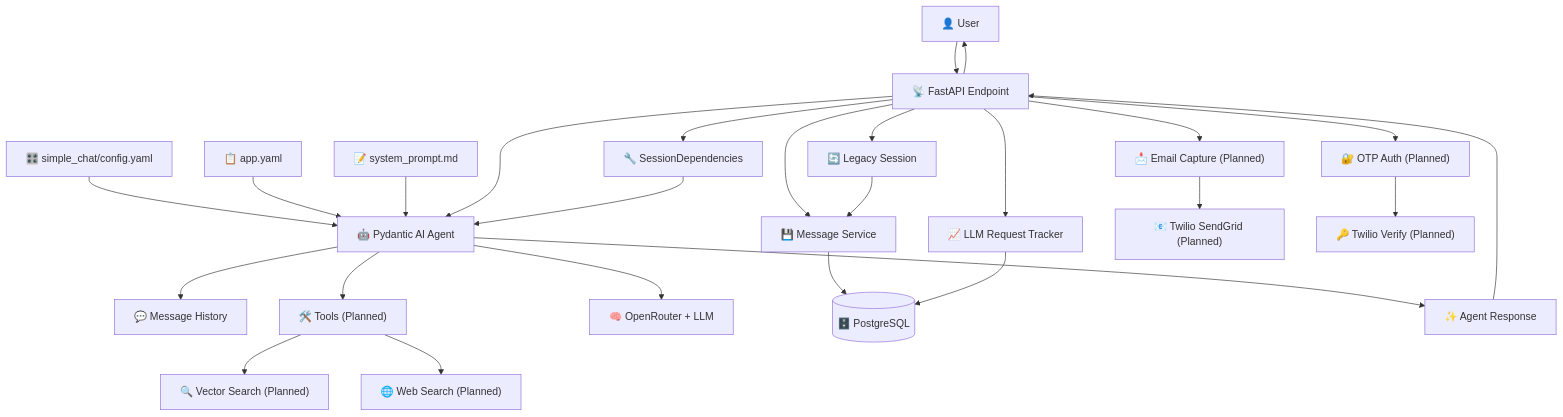
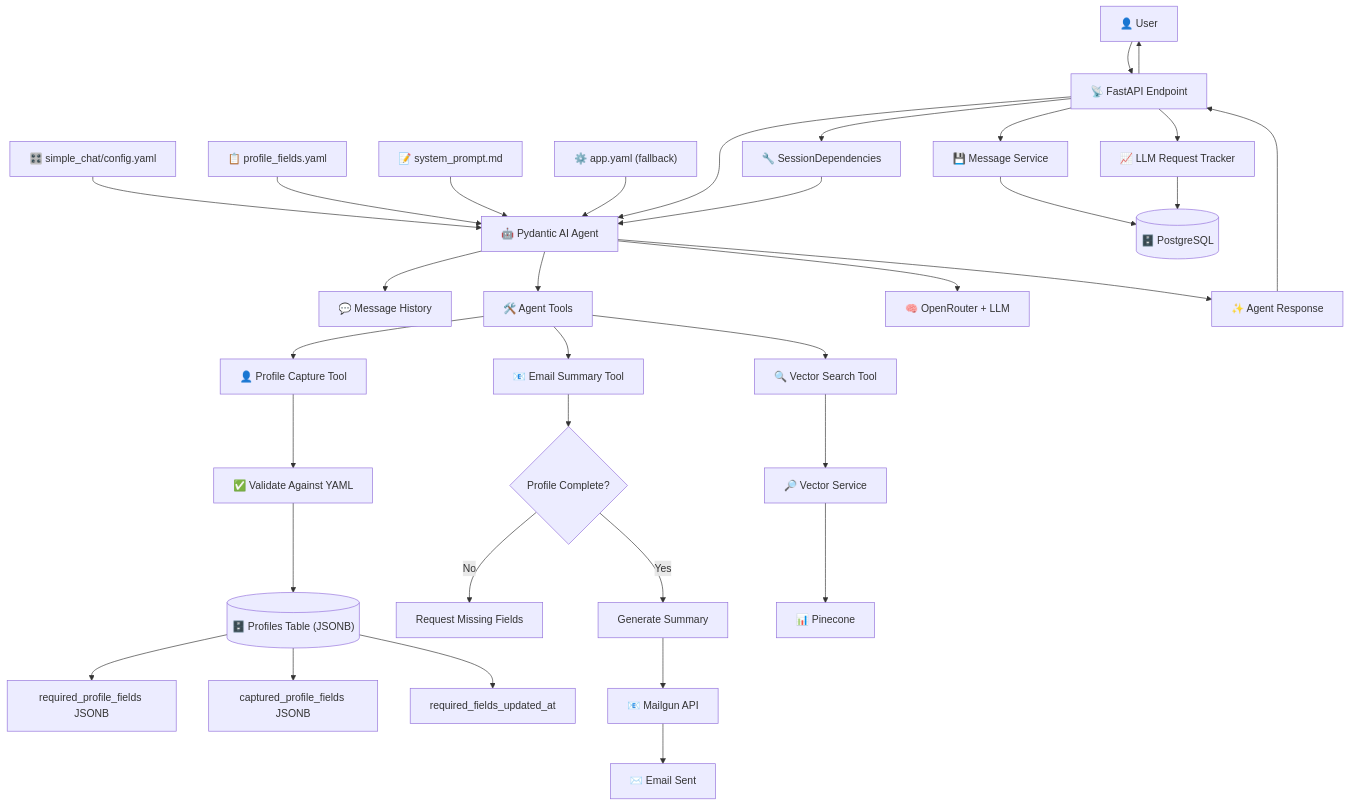
The diagram in memorybank/project-management/0017-simple-chat-agent.md (creatifire/salient02), drawn with Mermaid before and after one commit. The commit also changed other lines of this file and 1 other file, not shown here.

````diff
--- a/memorybank/project-management/0017-simple-chat-agent.md
+++ b/memorybank/project-management/0017-simple-chat-agent.md
@@ -7,49 +7,59 @@
 ```mermaid
 flowchart TD
     %% External Components
     User["👤 User"] --> FastAPI["📡 FastAPI Endpoint"]
     
-    %% Configuration System (NEW)
+    %% Configuration System
     AgentConfig["🎛️ simple_chat/config.yaml"] --> Agent["🤖 Pydantic AI Agent"]
-    GlobalConfig["📋 app.yaml"] --> Agent
+    ProfileFields["📋 profile_fields.yaml"] --> Agent
     SystemPromptFile["📝 system_prompt.md"] --> Agent
+    GlobalConfig["⚙️ app.yaml (fallback)"] --> Agent
     
     %% Core Agent Structure
     FastAPI --> Agent
     
     %% Dependencies & Session Management
     Session["🔧 SessionDependencies"] --> Agent
     FastAPI --> Session
     
-    %% Agent Components
+    %% Agent Workflow Components
     Agent --> History["💬 Message History"]
-    Agent --> PlannedTools["🛠️ Tools (Planned)"]
+    Agent --> AgentTools["🛠️ Agent Tools"]
     
-    %% Planned Tool Implementations
-    PlannedTools --> VectorTool["🔍 Vector Search (Planned)"]
-    PlannedTools --> WebTool["🌐 Web Search (Planned)"]
+    %% Agent Tools (@agent.tool)
+    AgentTools --> VectorTool["🔍 Vector Search Tool"]
+    AgentTools --> ProfileTool["👤 Profile Capture Tool"]
+    AgentTools --> SummaryTool["📧 Email Summary Tool"]
+    
+    %% Profile Management
+    ProfileTool --> ProfileValidation["✅ Validate Against YAML"]
+    ProfileValidation --> ProfileDB[("🗄️ Profiles Table (JSONB)")]
+    ProfileDB --> RequiredFields["required_profile_fields JSONB"]
+    ProfileDB --> CapturedFields["captured_profile_fields JSONB"]
+    ProfileDB --> FieldsUpdated["required_fields_updated_at"]
+    
+    %% Email Summary Workflow
+    SummaryTool --> CheckProfile{"Profile Complete?"}
+    CheckProfile -->|No| RequestInfo["Request Missing Fields"]
+    CheckProfile -->|Yes| GenerateSummary["Generate Summary"]
+    GenerateSummary --> Mailgun["📧 Mailgun API"]
+    Mailgun --> EmailSent["✉️ Email Sent"]
     
     %% Current LLM Integration
     Agent --> OpenRouter["🧠 OpenRouter + LLM"]
     
     %% Data Flow & Persistence
     FastAPI --> MessageService["💾 Message Service"]
     FastAPI --> LLMTracker["📈 LLM Request Tracker"]
     MessageService --> Database[("🗄️ PostgreSQL")]
     LLMTracker --> Database
     
-    %% Legacy Integration
-    FastAPI --> LegacySession["🔄 Legacy Session"]
-    LegacySession --> MessageService
-    
-    %% NEW: Email & Authentication Features (Planned)
-    FastAPI --> EmailCapture["📩 Email Capture (Planned)"]
-    EmailCapture --> SendGrid["📧 Twilio SendGrid (Planned)"]
-    FastAPI --> OTPAuth["🔐 OTP Auth (Planned)"]
-    OTPAuth --> TwilioVerify["🔑 Twilio Verify (Planned)"]
+    %% Vector Search Integration
+    VectorTool --> VectorService["🔎 Vector Service"]
+    VectorService --> Pinecone["📊 Pinecone"]
     
     %% Response Flow
     Agent --> Response["✨ Agent Response"]
     Response --> FastAPI
     FastAPI --> User
 ```
````
